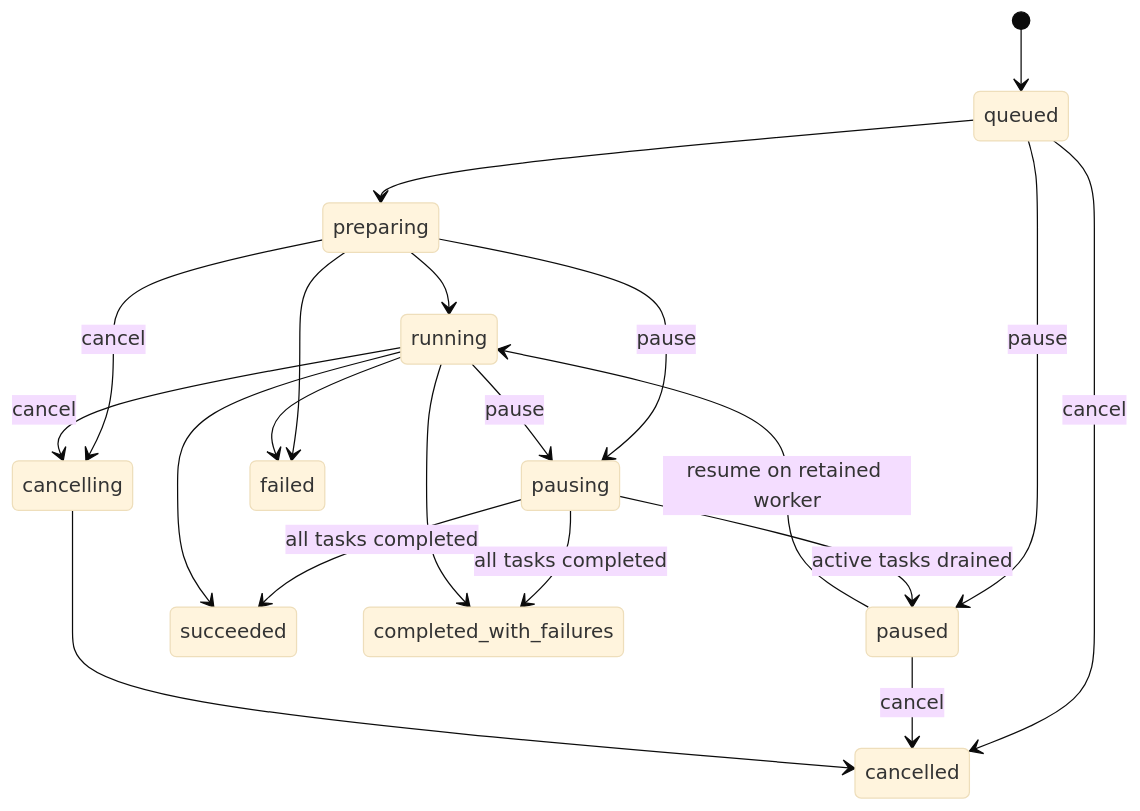
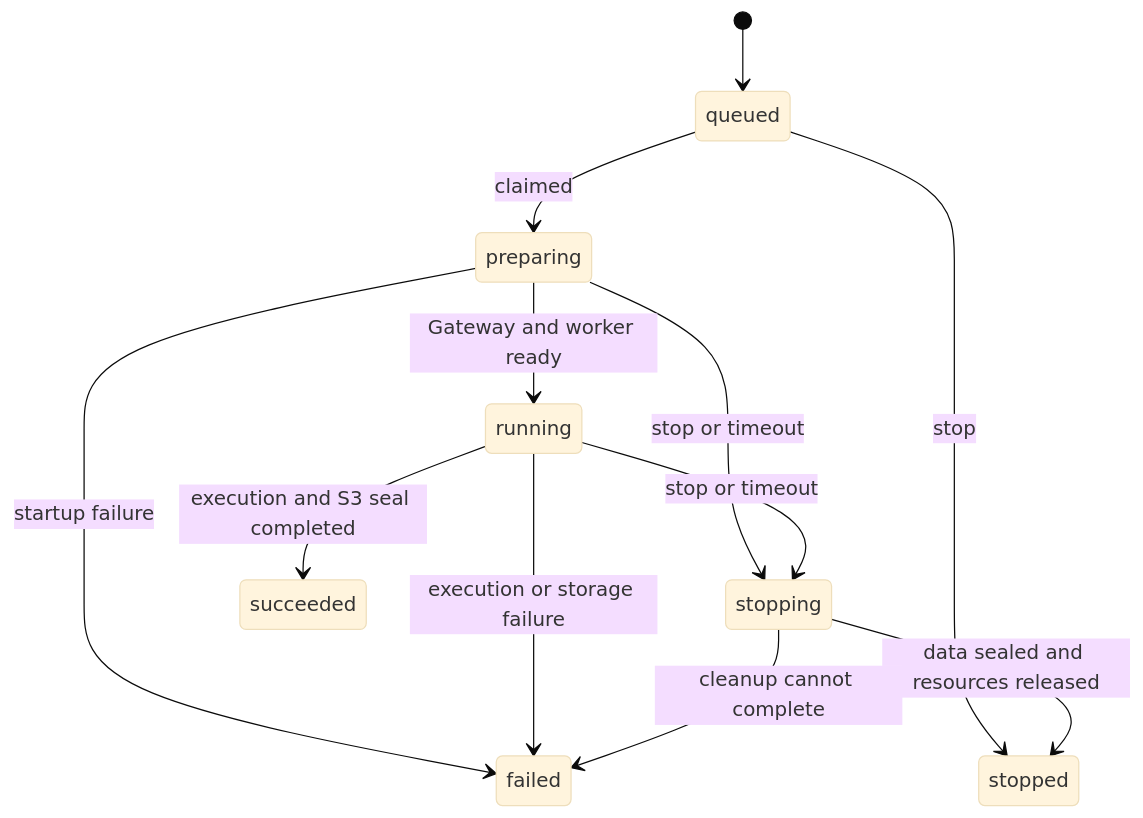
One commit to BinHuangPJLAB/SafactoryServer changed the third of 3 diagrams in docs/PRD.md. Above: the diagram before and after it, drawn with Mermaid (base theme). The commit also changed other lines of this file, not shown here.

````diff
--- a/docs/PRD.md
+++ b/docs/PRD.md
@@ -352,22 +441,14 @@
 ```mermaid
 stateDiagram-v2
     [*] --> queued
-    queued --> preparing
-    queued --> paused: pause
-    queued --> cancelled: cancel
-    preparing --> running
-    preparing --> pausing: pause
-    preparing --> cancelling: cancel
-    preparing --> failed
-    running --> pausing: pause
-    pausing --> paused: active tasks drained
-    pausing --> succeeded: all tasks completed
-    pausing --> completed_with_failures: all tasks completed
-    paused --> running: resume on retained worker
-    paused --> cancelled: cancel
-    running --> cancelling: cancel
-    cancelling --> cancelled
-    running --> succeeded
-    running --> completed_with_failures
-    running --> failed
+    queued --> preparing: claimed
+    queued --> stopped: stop
+    preparing --> running: Gateway and worker ready
+    preparing --> stopping: stop or timeout
+    preparing --> failed: startup failure
+    running --> succeeded: execution and S3 seal completed
+    running --> failed: execution or storage failure
+    running --> stopping: stop or timeout
+    stopping --> stopped: data sealed and resources released
+    stopping --> failed: cleanup cannot complete
 ```
````
